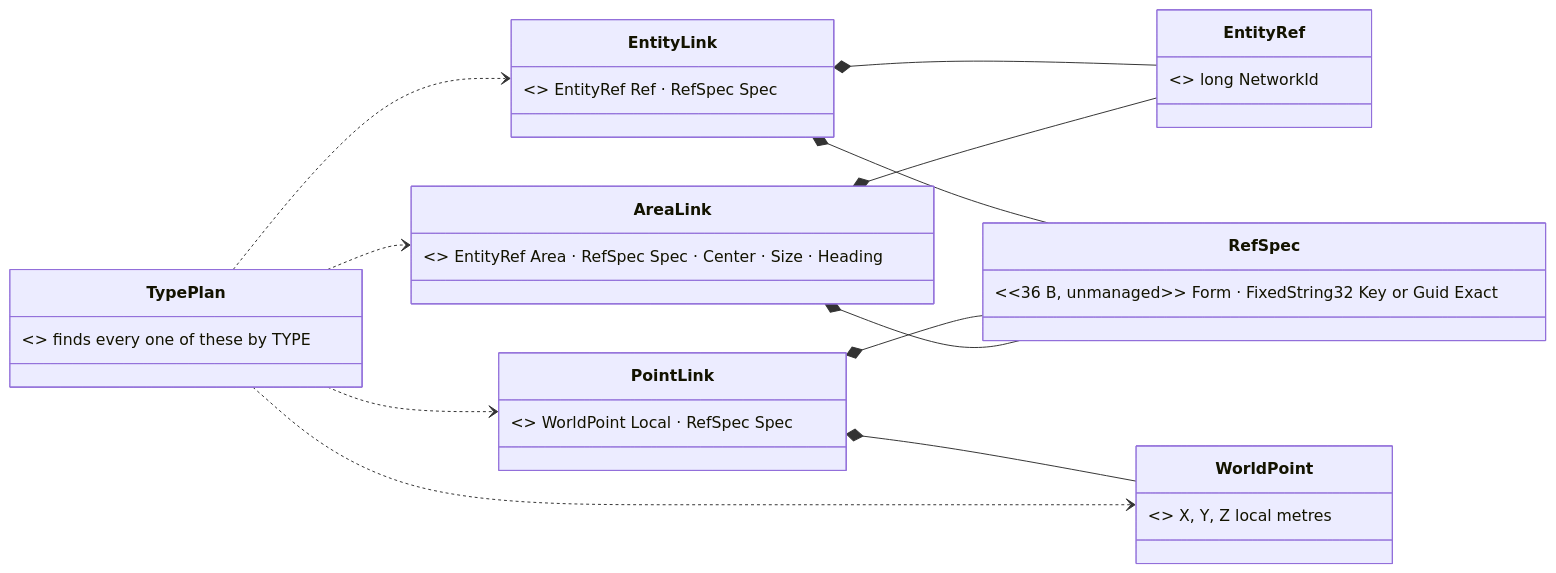
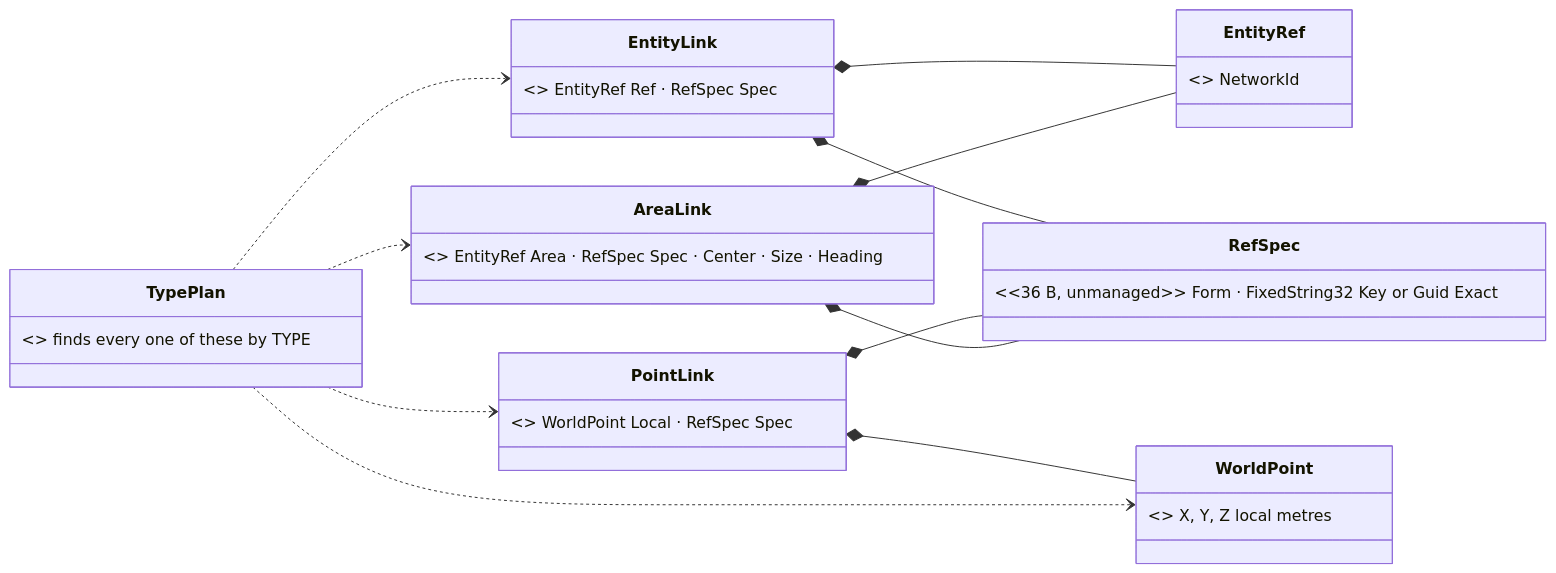
Before and after one commit to pjanec/HROT: the seventh of 13 diagrams in docs/DESIGN_Scenario_Rules.md, drawn with Mermaid. The commit also changed other lines of this file, not shown here.

````diff
--- a/docs/DESIGN_Scenario_Rules.md
+++ b/docs/DESIGN_Scenario_Rules.md
@@ -785,21 +635,21 @@
 ```mermaid
 classDiagram
     direction LR
-    class EntityRef { <<internal, 8 B, unchanged>> long NetworkId }
+    class EntityRef { <<internal, unchanged in shape; 4 B after CE-4200>> NetworkId }
     class WorldPoint { <<internal, NEW, 12 B = Vector3>> X, Y, Z local metres }
     class RefSpec { <<36 B, unmanaged>> Form · FixedString32 Key or Guid Exact }
     class EntityLink { <<authored, 48 B>> EntityRef Ref · RefSpec Spec }
     class PointLink { <<authored, 48 B>> WorldPoint Local · RefSpec Spec }
     class AreaLink { <<authored, 72 B>> EntityRef Area · RefSpec Spec · Center · Size · Heading }
     class TypePlan { <<EntityRefRemap, generalised>> finds every one of these by TYPE }
     EntityLink *-- EntityRef
     EntityLink *-- RefSpec
     PointLink *-- WorldPoint
     PointLink *-- RefSpec
     AreaLink *-- EntityRef
     AreaLink *-- RefSpec
     TypePlan ..> EntityLink
     TypePlan ..> PointLink
     TypePlan ..> AreaLink
     TypePlan ..> WorldPoint
 ```
````
